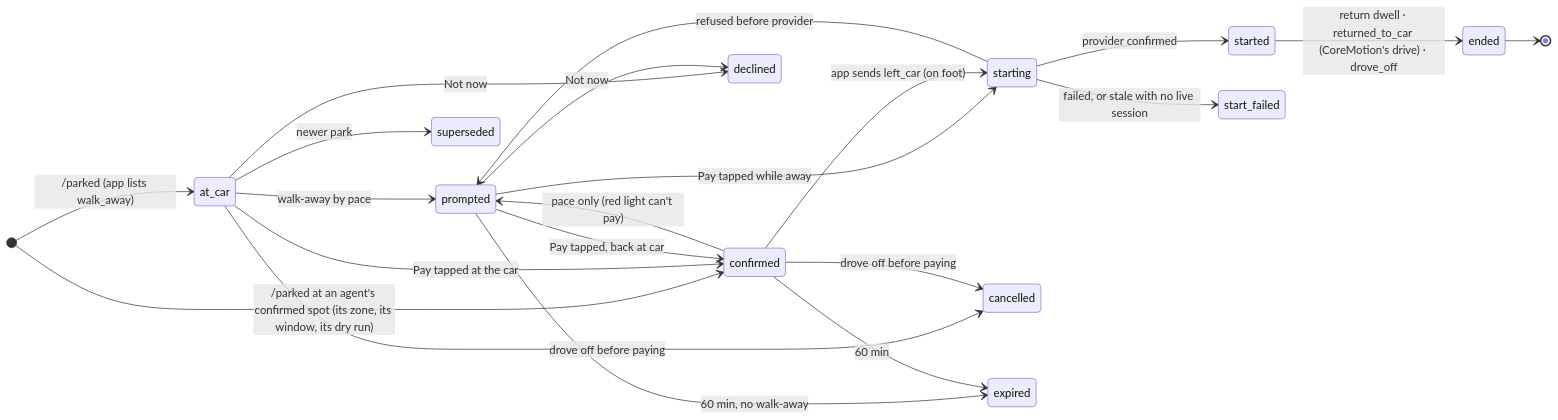
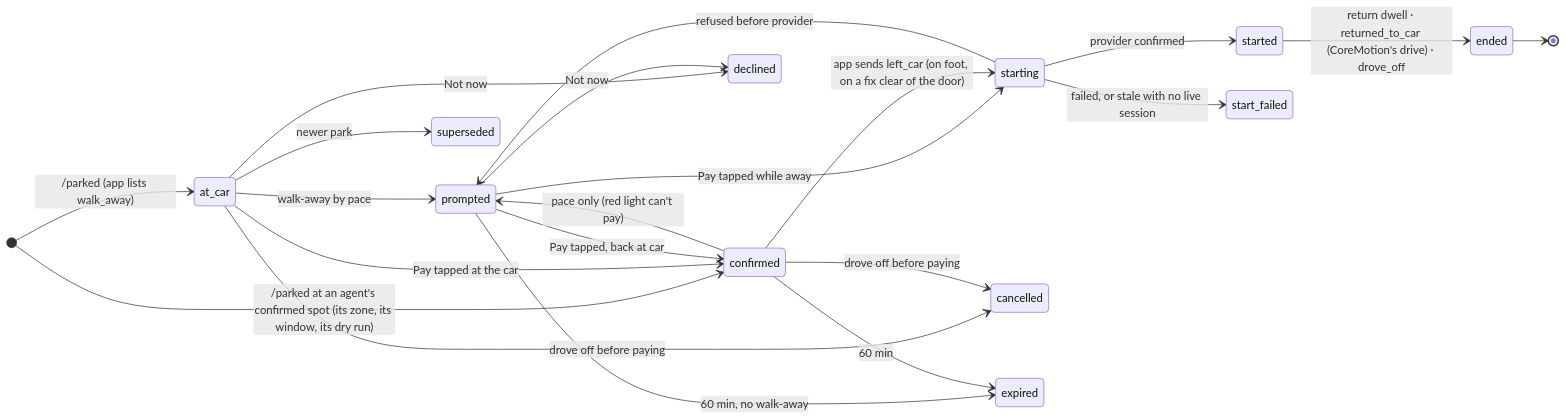
One commit to thomasbardhi01/parkagent changed the second of 4 diagrams in docs/architecture.md. Above: the diagram before and after it, drawn with Mermaid. The commit also changed 3 other files, not shown here.

First line of the commit message:
A left_car on a fix that may have the phone at the car's door is no walk-away, however blurry the fix (#264)

````diff
--- a/docs/architecture.md
+++ b/docs/architecture.md
@@ -104,24 +104,24 @@
 ```mermaid
 stateDiagram-v2
   direction LR
   [*] --> at_car: /parked (app lists walk_away)
   [*] --> confirmed: /parked at an agent's confirmed spot (its zone, its window, its dry run)
   at_car --> prompted: walk-away by pace
   at_car --> confirmed: Pay tapped at the car
   prompted --> confirmed: Pay tapped, back at car
   prompted --> starting: Pay tapped while away
-  confirmed --> starting: app sends left_car (on foot)
+  confirmed --> starting: app sends left_car (on foot, on a fix clear of the door)
   confirmed --> prompted: pace only (red light can't pay)
   starting --> started: provider confirmed
   starting --> start_failed: failed, or stale with no live session
   starting --> prompted: refused before provider
   started --> ended: return dwell · returned_to_car (CoreMotion's drive) · drove_off
   at_car --> declined: Not now
   prompted --> declined: Not now
   at_car --> cancelled: drove off before paying
   confirmed --> cancelled: drove off before paying
   at_car --> superseded: newer park
   prompted --> expired: 60 min, no walk-away
   confirmed --> expired: 60 min
   ended --> [*]
 ```
````
